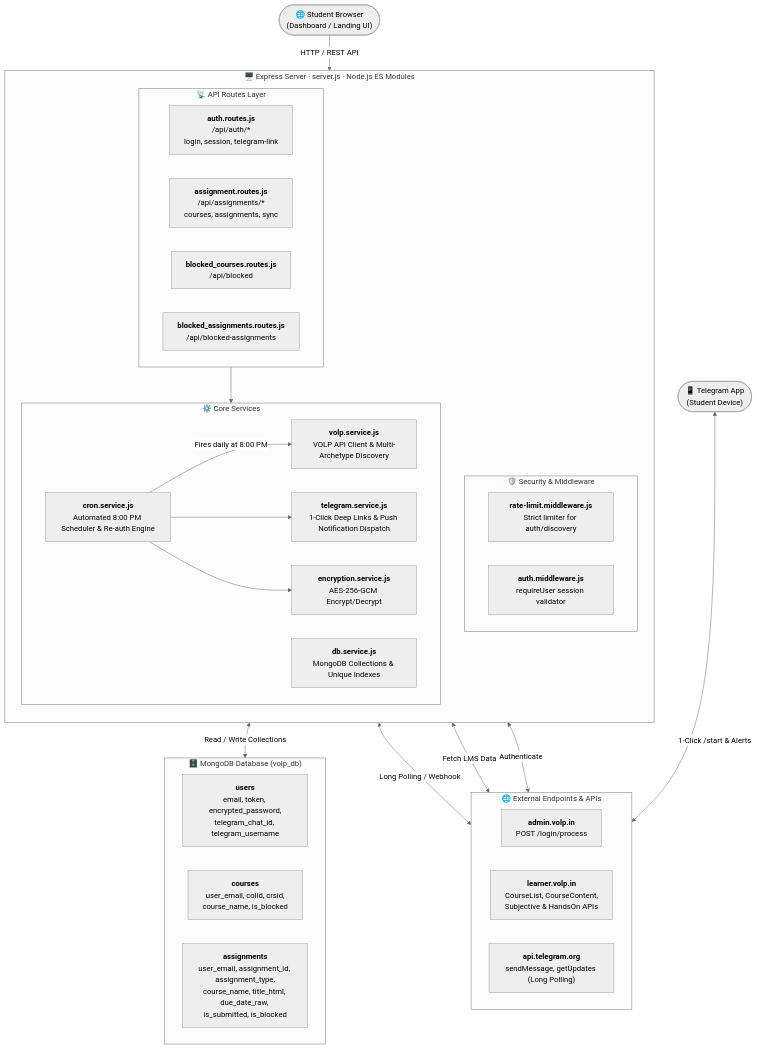
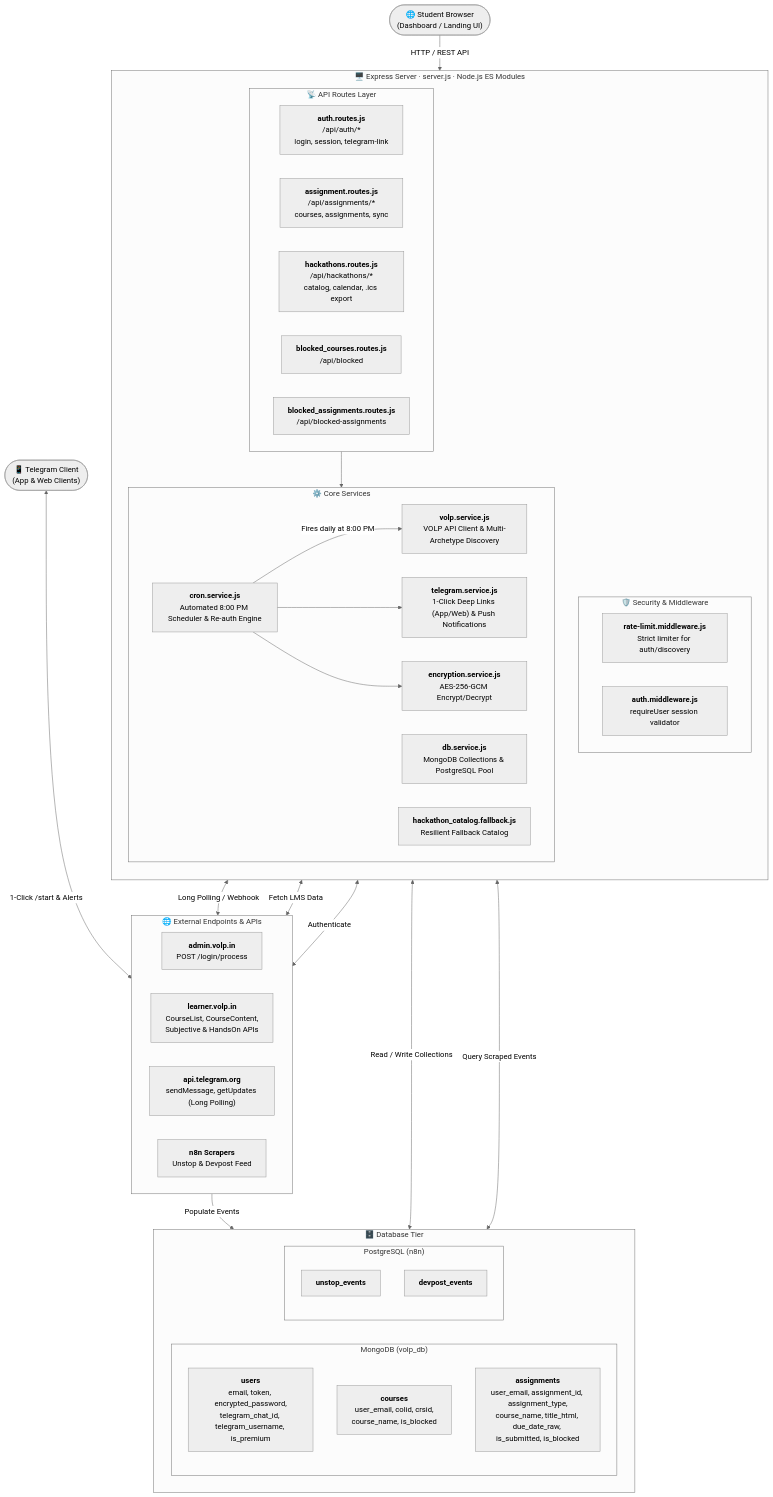
Before and after one commit to AshikAHegde/volp-p: the diagram in mainprojectprototype/README.md, drawn with Mermaid (neutral theme). The commit also changed other lines of this file and 13 other files, not shown here.

Commit message:
feat: implement Devpost and Unstop live ingestion pipeline with PostgreSQL storage and UI sync

````diff
--- a/mainprojectprototype/README.md
+++ b/mainprojectprototype/README.md
@@ -21,61 +26,72 @@
 ```mermaid
 flowchart TD
     Browser(["🌐 Student Browser<br/>(Dashboard / Landing UI)"])
-    TelegramClient(["📱 Telegram App<br/>(Student Device)"])
+    TelegramClient(["📱 Telegram Client<br/>(App & Web Clients)"])
 
     subgraph ExpressServer["🖥️ Express Server  ·  server.js  ·  Node.js ES Modules"]
         direction TB
 
         subgraph MiddlewareLayer["🛡️ Security & Middleware"]
             RateLimit["<b>rate-limit.middleware.js</b><br/>Strict limiter for auth/discovery"]
             AuthGuard["<b>auth.middleware.js</b><br/>requireUser session validator"]
         end
 
         subgraph RouteLayer["📡 API Routes Layer"]
             direction LR
             R_Auth["<b>auth.routes.js</b><br/>/api/auth/*<br/>login, session, telegram-link"]
             R_Assign["<b>assignment.routes.js</b><br/>/api/assignments/*<br/>courses, assignments, sync"]
+            R_Hack["<b>hackathons.routes.js</b><br/>/api/hackathons/*<br/>catalog, calendar, .ics export"]
             R_BlockC["<b>blocked_courses.routes.js</b><br/>/api/blocked"]
             R_BlockA["<b>blocked_assignments.routes.js</b><br/>/api/blocked-assignments"]
         end
 
         subgraph ServiceLayer["⚙️ Core Services"]
             direction LR
             S_Volp["<b>volp.service.js</b><br/>VOLP API Client & Multi-Archetype Discovery"]
             S_Cron["<b>cron.service.js</b><br/>Automated 8:00 PM Scheduler & Re-auth Engine"]
-            S_Tele["<b>telegram.service.js</b><br/>1-Click Deep Links & Push Notification Dispatch"]
+            S_Tele["<b>telegram.service.js</b><br/>1-Click Deep Links (App/Web) & Push Notifications"]
             S_Crypt["<b>encryption.service.js</b><br/>AES-256-GCM Encrypt/Decrypt"]
-            S_DB["<b>db.service.js</b><br/>MongoDB Collections & Unique Indexes"]
+            S_DB["<b>db.service.js</b><br/>MongoDB Collections & PostgreSQL Pool"]
+            S_Fall["<b>hackathon_catalog.fallback.js</b><br/>Resilient Fallback Catalog"]
         end
     end
 
-    subgraph MongoDB["🗄️ MongoDB Database (volp_db)"]
+    subgraph StorageEngines["🗄️ Database Tier"]
         direction LR
-        T_Users["<b>users</b><br/>email, token, encrypted_password,<br/>telegram_chat_id, telegram_username"]
-        T_Courses["<b>courses</b><br/>user_email, colid, crsid,<br/>course_name, is_blocked"]
-        T_Assignments["<b>assignments</b><br/>user_email, assignment_id, assignment_type,<br/>course_name, title_html, due_date_raw, is_submitted, is_blocked"]
+        subgraph MongoDB["MongoDB (volp_db)"]
+            T_Users["<b>users</b><br/>email, token, encrypted_password,<br/>telegram_chat_id, telegram_username, is_premium"]
+            T_Courses["<b>courses</b><br/>user_email, colid, crsid,<br/>course_name, is_blocked"]
+            T_Assignments["<b>assignments</b><br/>user_email, assignment_id, assignment_type,<br/>course_name, title_html, due_date_raw, is_submitted, is_blocked"]
+        end
+        subgraph PostgreSQL["PostgreSQL (n8n)"]
+            T_Unstop["<b>unstop_events</b>"]
+            T_Devpost["<b>devpost_events</b>"]
+        end
     end
 
     subgraph ExternalServices["🌐 External Endpoints & APIs"]
         direction LR
         VOLP_Auth["<b>admin.volp.in</b><br/>POST /login/process"]
         VOLP_LMS["<b>learner.volp.in</b><br/>CourseList, CourseContent,<br/>Subjective & HandsOn APIs"]
         TeleAPI["<b>api.telegram.org</b><br/>sendMessage, getUpdates (Long Polling)"]
+        Crawlers["<b>n8n Scrapers</b><br/>Unstop & Devpost Feed"]
     end
 
     %% Client Interactions
     Browser -->|"HTTP / REST API"| RouteLayer
     TelegramClient <-->|"1-Click /start <token> & Alerts"| TeleAPI
 
     %% Server Internal Flow
     RouteLayer --> ServiceLayer
     S_Cron -->|"Fires daily at 8:00 PM"| S_Volp
     S_Cron --> S_Tele
     S_Cron --> S_Crypt
     S_Tele <-->|"Long Polling / Webhook"| TeleAPI
 
-    %% Services to DB & External
+    %% Storage & External
     ServiceLayer <-->|"Read / Write Collections"| MongoDB
+    ServiceLayer <-->|"Query Scraped Events"| PostgreSQL
+    Crawlers -->|"Populate Events"| PostgreSQL
     S_Volp <-->|"Fetch LMS Data"| VOLP_LMS
     S_Volp <-->|"Authenticate"| VOLP_Auth
 ```
````
